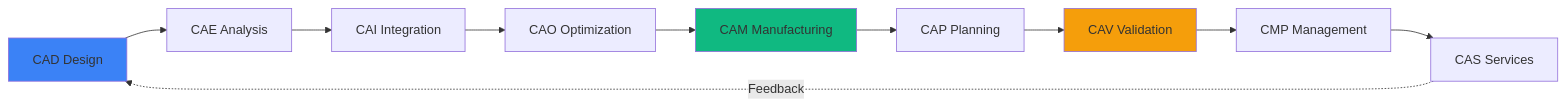
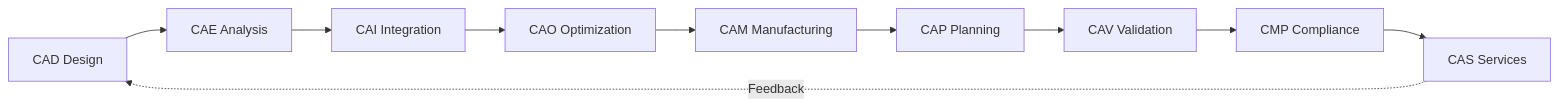
Before and after one commit to IDEALE-eu/IDEALEEU.EU: the third of 3 diagrams in index.md, drawn with Mermaid. The commit also changed other lines of this file, not shown here.

````diff
--- a/index.md
+++ b/index.md
@@ -112,16 +206,12 @@
 ```mermaid
 graph LR
-    A[CAD Design] --> B[CAE Analysis]
-    B --> C[CAI Integration]
-    C --> D[CAO Optimization]
-    D --> E[CAM Manufacturing]
-    E --> F[CAP Planning]
-    F --> G[CAV Validation]
-    G --> H[CMP Management]
-    H --> I[CAS Services]
-    I -.Feedback.-> A
-    
-    style A fill:#3B82F6
-    style E fill:#10B981
-    style G fill:#F59E0B
+  A[CAD Design] --> B[CAE Analysis]
+  B --> C[CAI Integration]
+  C --> D[CAO Optimization]
+  D --> E[CAM Manufacturing]
+  E --> F[CAP Planning]
+  F --> G[CAV Validation]
+  G --> H[CMP Compliance]
+  H --> I[CAS Services]
+  I -.Feedback.-> A
 ```
````
